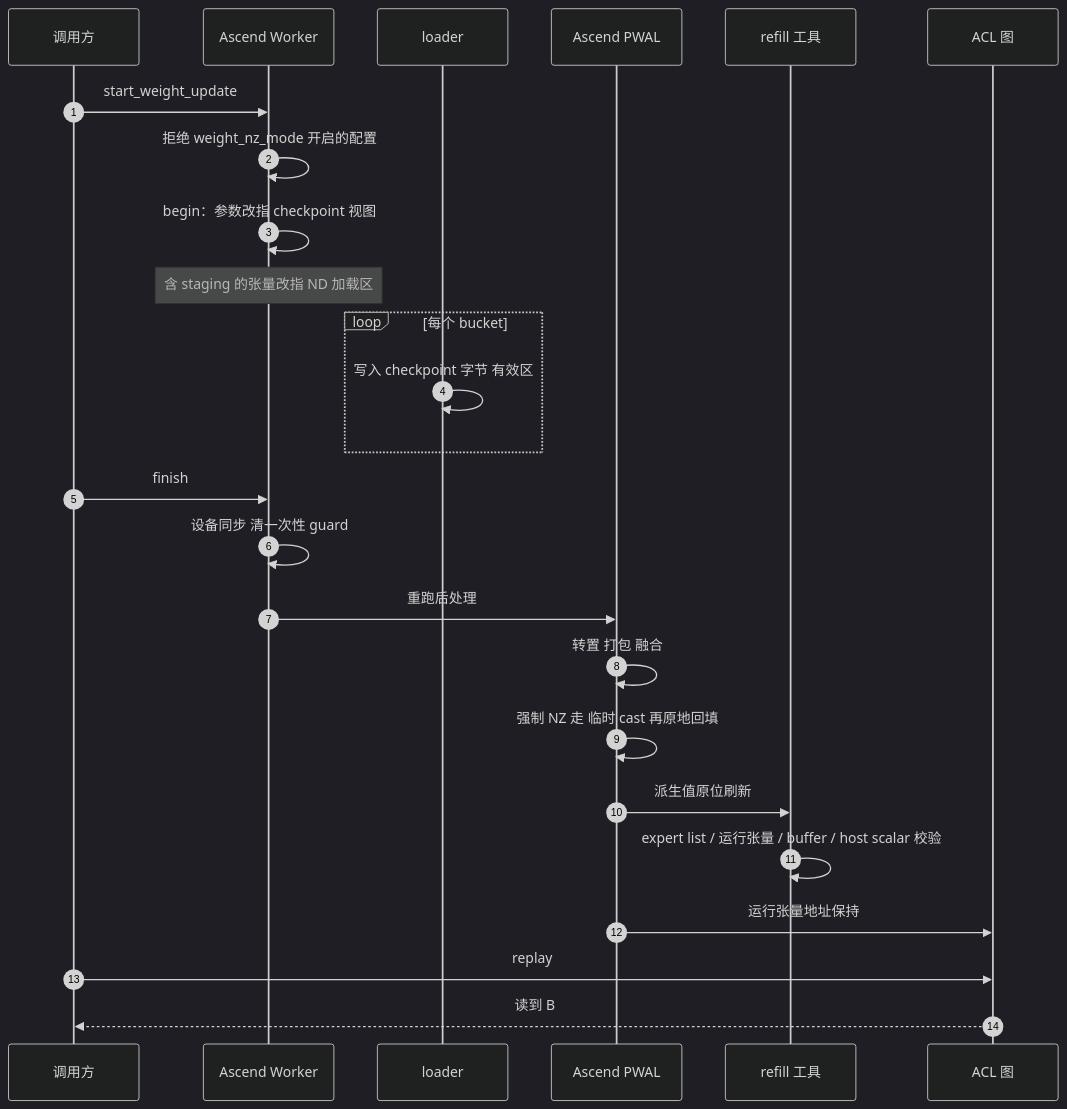
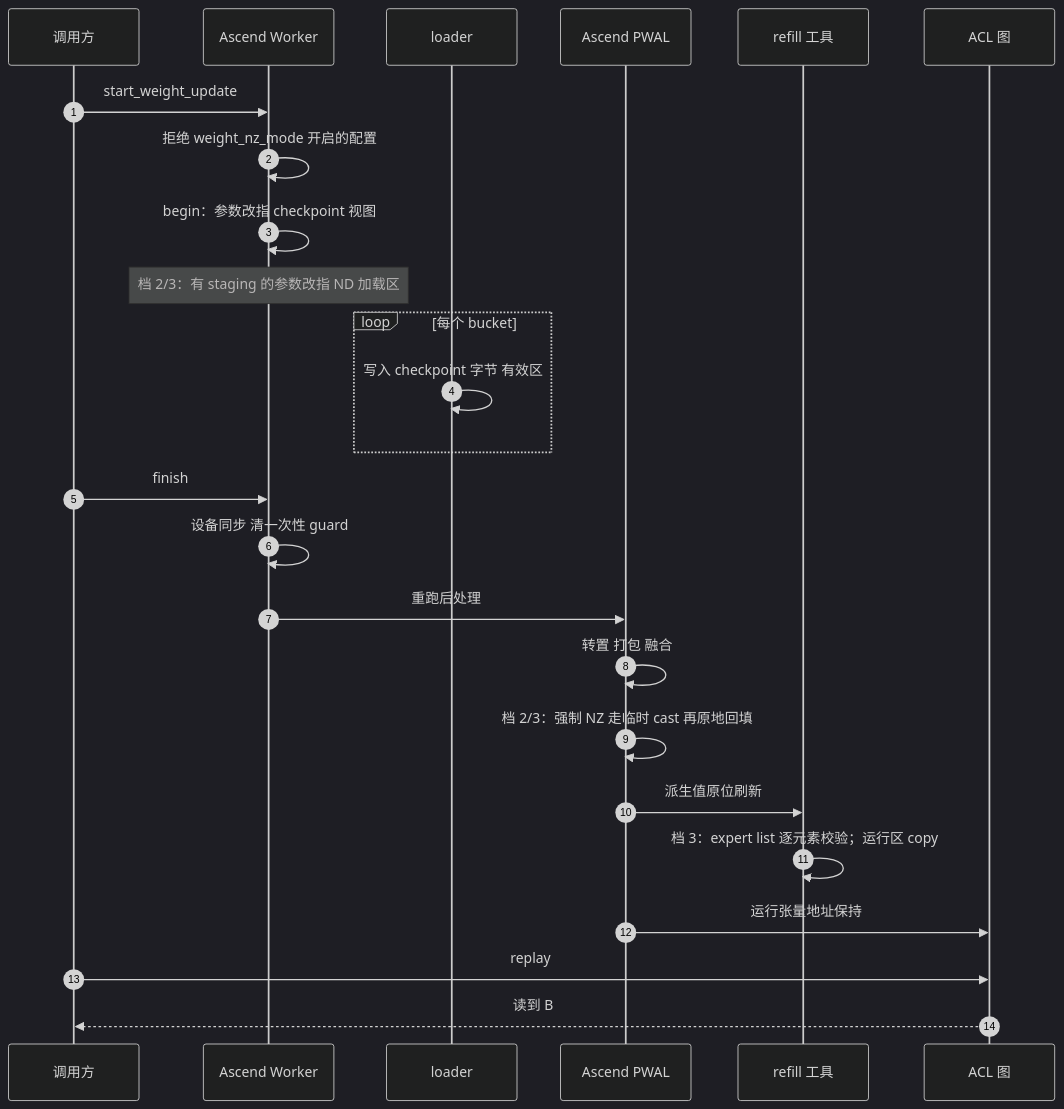
One commit to wuruiyun/blue-zone-wiki changed the sixth of 9 diagrams in vllm-rfc54477-direct-reload-ascend.md. Above: the diagram before and after it, drawn with Mermaid (dark theme). The commit also changed other lines of this file, not shown here.

````diff
--- a/vllm-rfc54477-direct-reload-ascend.md
+++ b/vllm-rfc54477-direct-reload-ascend.md
@@ -536,28 +634,28 @@
 ```mermaid
 sequenceDiagram
   autonumber
   participant C as 调用方
   participant W as Ascend Worker
   participant L as loader
   participant P as Ascend PWAL
   participant R as refill 工具
   participant G as ACL 图
 
   C->>W: start_weight_update
   W->>W: 拒绝 weight_nz_mode 开启的配置
   W->>W: begin：参数改指 checkpoint 视图
-  Note over W: 含 staging 的张量改指 ND 加载区
+  Note over W: 档 2/3：有 staging 的参数改指 ND 加载区
   loop 每个 bucket
     L->>L: 写入 checkpoint 字节 有效区
   end
   C->>W: finish
   W->>W: 设备同步 清一次性 guard
   W->>P: 重跑后处理
   P->>P: 转置 打包 融合
-  P->>P: 强制 NZ 走 临时 cast 再原地回填
+  P->>P: 档 2/3：强制 NZ 走临时 cast 再原地回填
   P->>R: 派生值原位刷新
-  R->>R: expert list / 运行张量 / buffer / host scalar 校验
+  R->>R: 档 3：expert list 逐元素校验；运行区 copy
   P->>G: 运行张量地址保持
   C->>G: replay
   G-->>C: 读到 B
 ```
````
